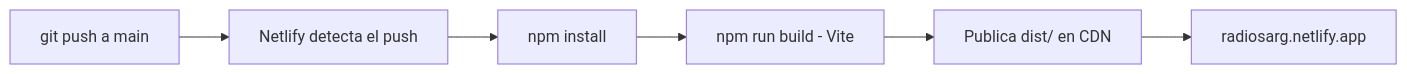
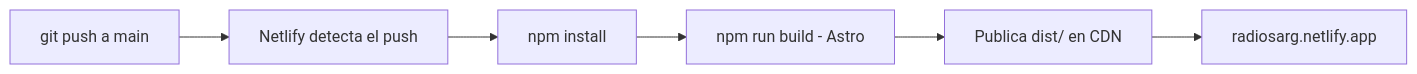
The third of 3 diagrams in ARCHITECTURE.md (jcmembrilla/radios-argentinas), drawn with Mermaid before and after one commit. The commit also changed other lines of this file and 30 other files, not shown here.

````diff
--- a/ARCHITECTURE.md
+++ b/ARCHITECTURE.md
@@ -122,8 +170,8 @@
 ```mermaid
 flowchart LR
     A[git push a main] --> B[Netlify detecta el push]
     B --> C[npm install]
-    C --> D[npm run build - Vite]
+    C --> D[npm run build - Astro]
     D --> E[Publica dist/ en CDN]
     E --> F[radiosarg.netlify.app]
 ```
````
